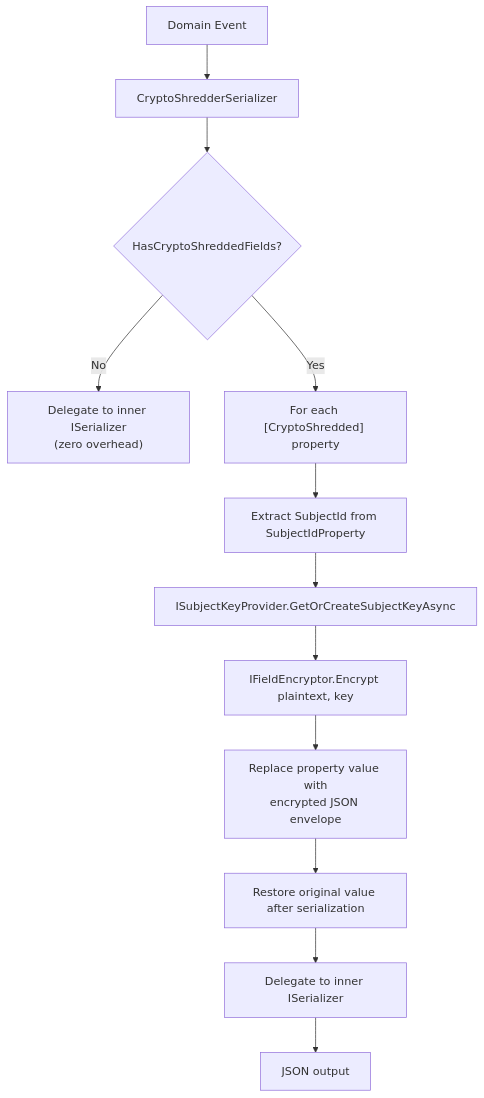
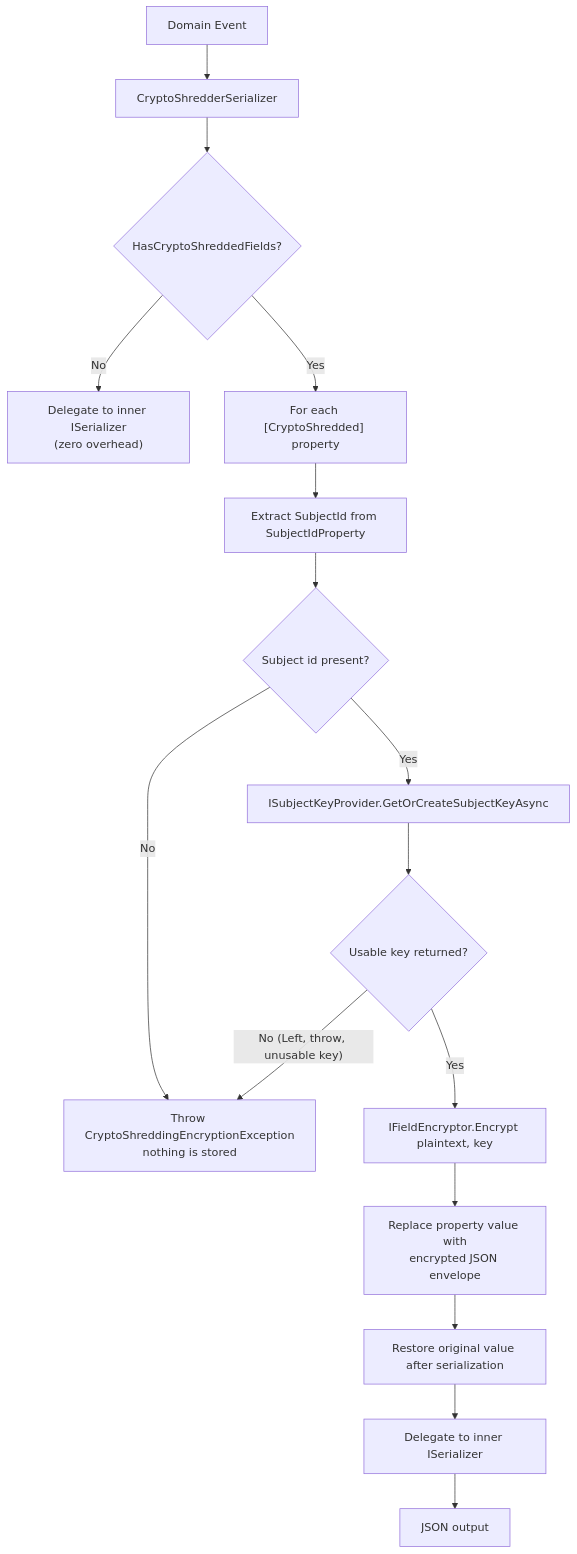
Before and after one commit to dlrivada/Encina: the second of 4 diagrams in docs/features/crypto-shredding.md, drawn with Mermaid. The commit also changed other lines of this file and 1 other file, not shown here.

Commit message:
docs(marten-gdpr): document fail-closed crypto-shredding serialization and the SubjectEncryptionKey provider contract (#1646)

````diff
--- a/docs/features/crypto-shredding.md
+++ b/docs/features/crypto-shredding.md
@@ -113,14 +113,18 @@
 ```mermaid
 flowchart TD
     A["Domain Event"] --> B["CryptoShredderSerializer"]
     B --> C{"HasCryptoShreddedFields?"}
     C -- "No" --> D["Delegate to inner ISerializer<br/>(zero overhead)"]
     C -- "Yes" --> E["For each [CryptoShredded] property"]
     E --> F["Extract SubjectId from SubjectIdProperty"]
-    F --> G["ISubjectKeyProvider.GetOrCreateSubjectKeyAsync"]
-    G --> H["IFieldEncryptor.Encrypt plaintext, key"]
+    F --> F2{"Subject id present?"}
+    F2 -- "No" --> X["Throw CryptoShreddingEncryptionException<br/>nothing is stored"]
+    F2 -- "Yes" --> G["ISubjectKeyProvider.GetOrCreateSubjectKeyAsync"]
+    G --> G2{"Usable key returned?"}
+    G2 -- "No (Left, throw, unusable key)" --> X
+    G2 -- "Yes" --> H["IFieldEncryptor.Encrypt plaintext, key"]
     H --> I["Replace property value with<br/>encrypted JSON envelope"]
     I --> J["Restore original value after serialization"]
     J --> K["Delegate to inner ISerializer"]
     K --> L["JSON output"]
 ```
````
